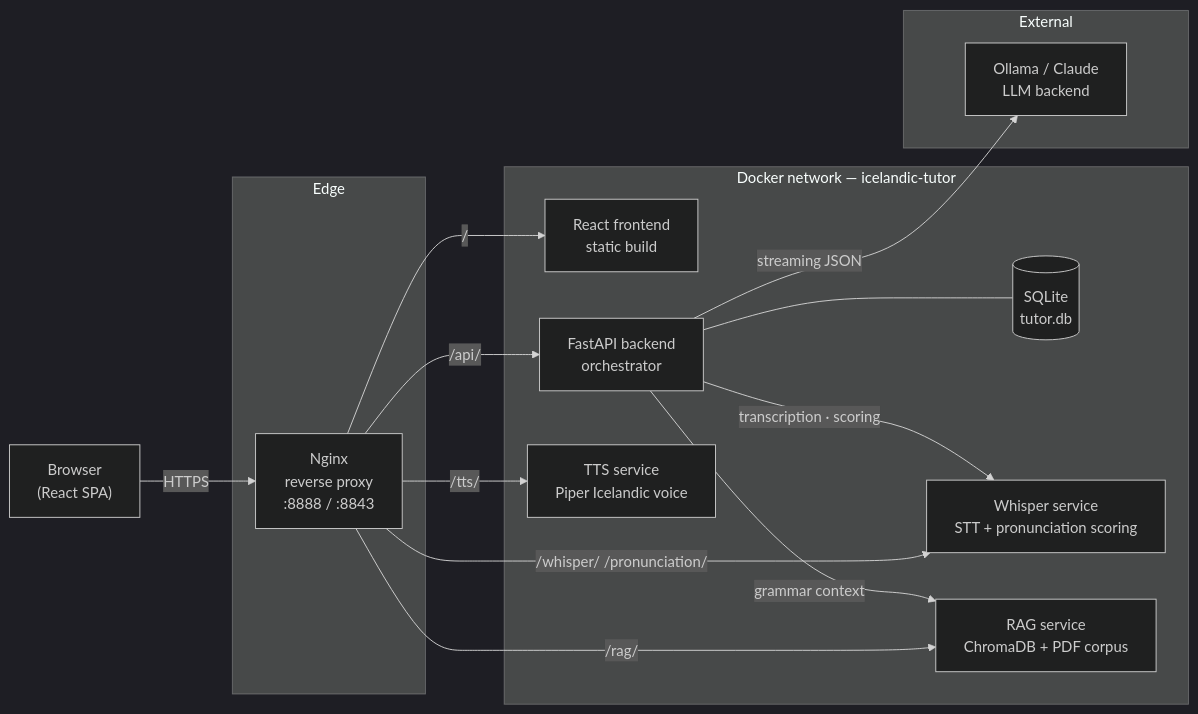
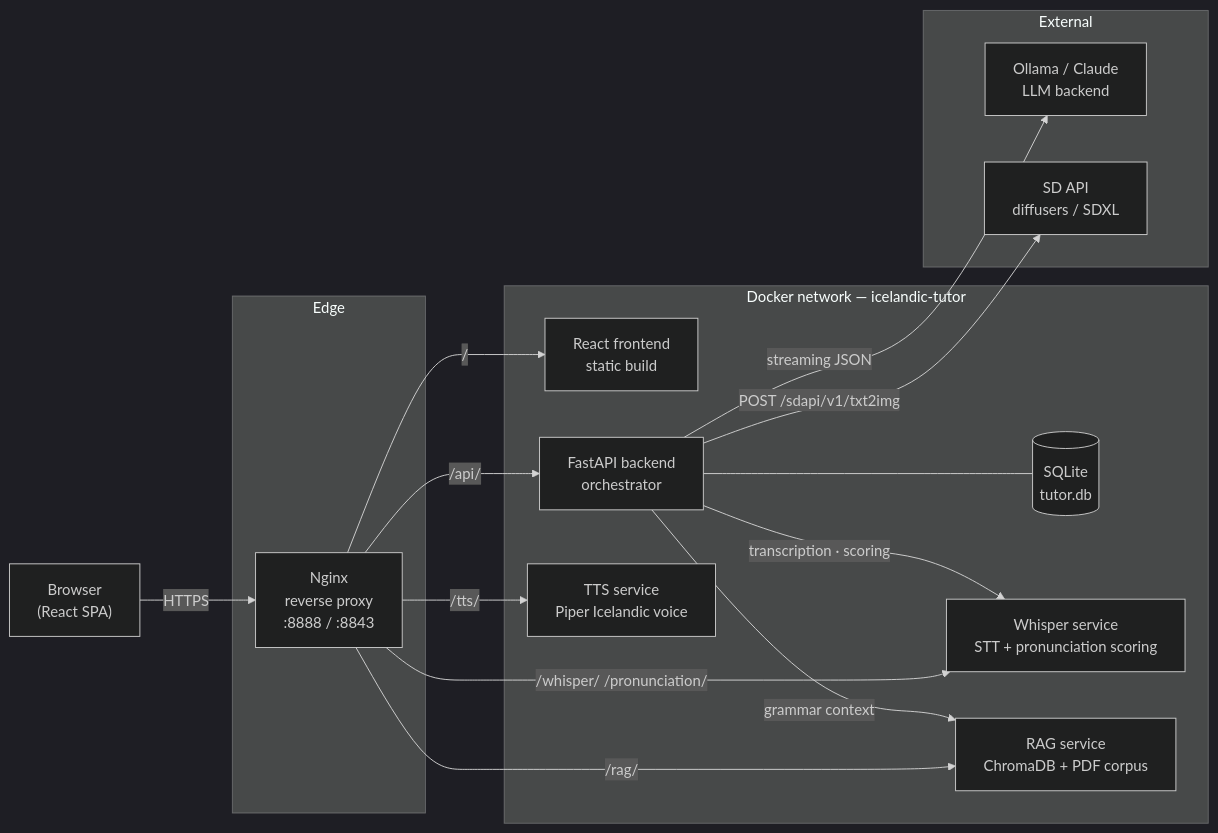
The diagram in docs/ARCHITECTURE.md (kennygarreau/icelandic-tutor), drawn with Mermaid (dark theme) before and after one commit. The commit also changed other lines of this file and 3 other files, not shown here.

````diff
--- a/docs/ARCHITECTURE.md
+++ b/docs/ARCHITECTURE.md
@@ -7,33 +7,35 @@
 ```mermaid
 flowchart LR
     Browser["Browser\n(React SPA)"]
 
     subgraph edge["Edge"]
         Nginx["Nginx\nreverse proxy\n:8888 / :8843"]
     end
 
     subgraph services["Docker network — icelandic-tutor"]
         Frontend["React frontend\nstatic build"]
         Backend["FastAPI backend\norchestrator"]
         DB[("SQLite\ntutor.db")]
         Whisper["Whisper service\nSTT + pronunciation scoring"]
         TTS["TTS service\nPiper Icelandic voice"]
         RAG["RAG service\nChromaDB + PDF corpus"]
     end
 
     subgraph external["External"]
         LLM["Ollama / Claude\nLLM backend"]
+        SDAPI["SD API\ndiffusers / SDXL"]
     end
 
     Browser -->|HTTPS| Nginx
     Nginx -->|"/"| Frontend
     Nginx -->|"/api/"| Backend
     Nginx -->|"/whisper/ /pronunciation/"| Whisper
     Nginx -->|"/tts/"| TTS
     Nginx -->|"/rag/"| RAG
 
     Backend -->|grammar context| RAG
     Backend -->|transcription · scoring| Whisper
     Backend -->|streaming JSON| LLM
+    Backend -->|"POST /sdapi/v1/txt2img"| SDAPI
     Backend --- DB
 ```
````
